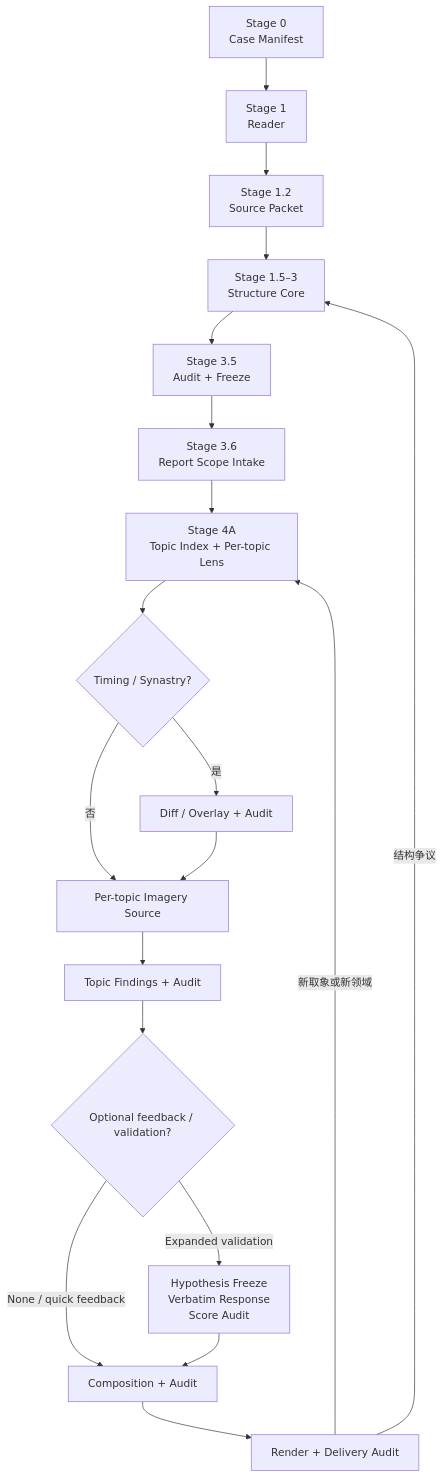
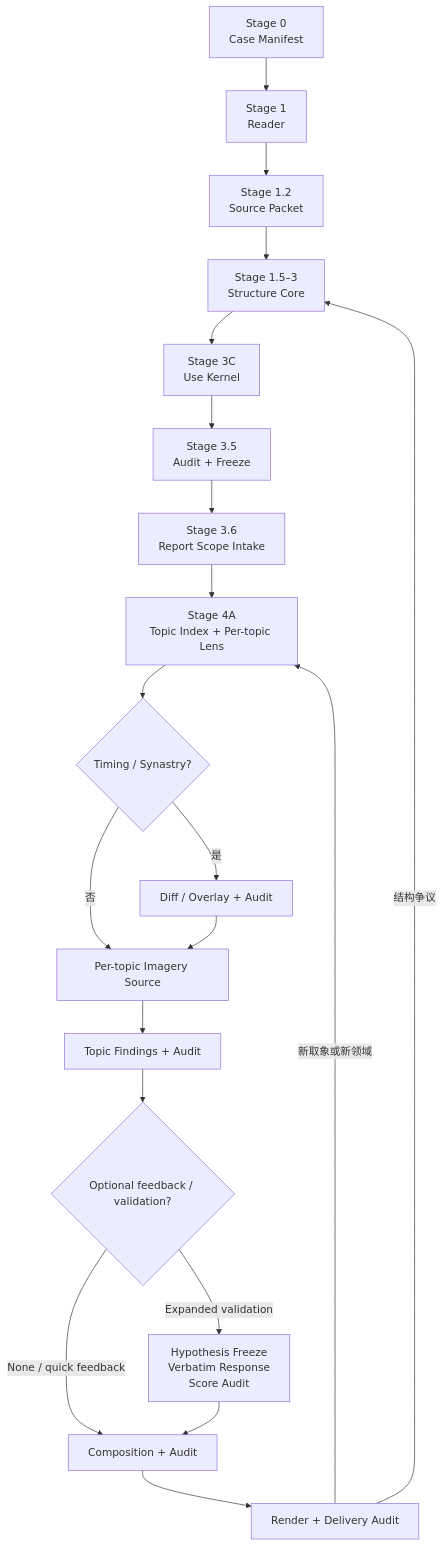
The diagram in README.md (Kico-Tachagemofet/bazi-structure-dynamics), drawn with Mermaid before and after one commit. The commit also changed other lines of this file and 31 other files, not shown here.

````diff
--- a/README.md
+++ b/README.md
@@ -26,21 +26,22 @@
 ```mermaid
 flowchart TD
     A["Stage 0<br/>Case Manifest"] --> B["Stage 1<br/>Reader"]
     B --> C["Stage 1.2<br/>Source Packet"]
     C --> D["Stage 1.5–3<br/>Structure Core"]
-    D --> E["Stage 3.5<br/>Audit + Freeze"]
+    D --> U["Stage 3C<br/>Use Kernel"]
+    U --> E["Stage 3.5<br/>Audit + Freeze"]
     E --> F["Stage 3.6<br/>Report Scope Intake"]
     F --> G["Stage 4A<br/>Topic Index + Per-topic Lens"]
     G --> H{"Timing / Synastry?"}
     H -- "是" --> I["Diff / Overlay + Audit"]
     H -- "否" --> J["Per-topic Imagery Source"]
     I --> J
     J --> K["Topic Findings + Audit"]
     K --> L{"Optional feedback / validation?"}
     L -- "None / quick feedback" --> M["Composition + Audit"]
     L -- "Expanded validation" --> V["Hypothesis Freeze<br/>Verbatim Response<br/>Score Audit"]
     V --> M
     M --> N["Render + Delivery Audit"]
     N -- "新取象或新领域" --> G
     N -- "结构争议" --> D
 ```
````
